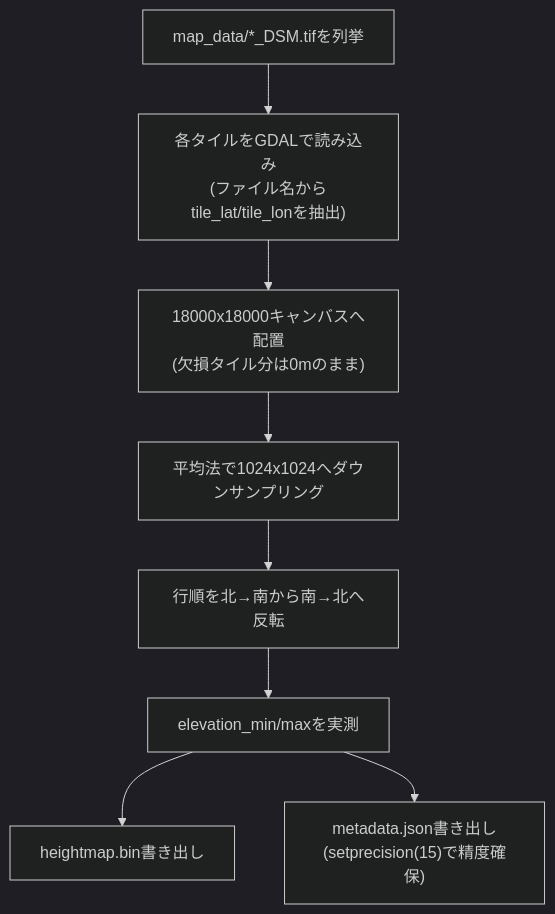
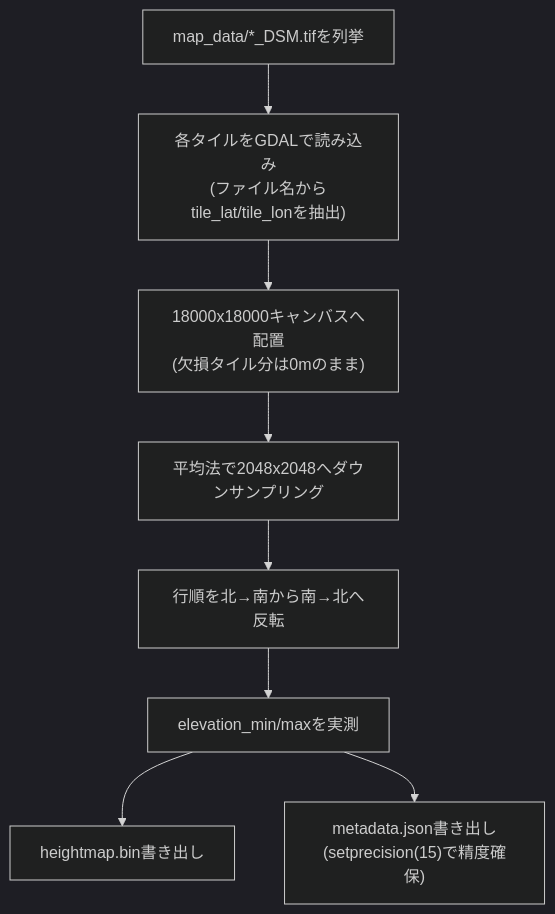
Before and after one commit to ham1a6/SimulationView: the first of 17 diagrams in DETAILED_DESIGN.md, drawn with Mermaid (dark theme). The commit also changed other lines of this file and 5 other files, not shown here.

````diff
--- a/DETAILED_DESIGN.md
+++ b/DETAILED_DESIGN.md
@@ -200,10 +203,10 @@
 ```mermaid
 flowchart TD
     A["map_data/*_DSM.tifを列挙"] --> B["各タイルをGDALで読み込み\n(ファイル名からtile_lat/tile_lonを抽出)"]
     B --> C["18000x18000キャンバスへ配置\n(欠損タイル分は0mのまま)"]
-    C --> D["平均法で1024x1024へダウンサンプリング"]
+    C --> D["平均法で2048x2048へダウンサンプリング"]
     D --> E["行順を北→南から南→北へ反転"]
     E --> F["elevation_min/maxを実測"]
     F --> G["heightmap.bin書き出し"]
     F --> H["metadata.json書き出し\n(setprecision(15)で精度確保)"]
 ```
````
